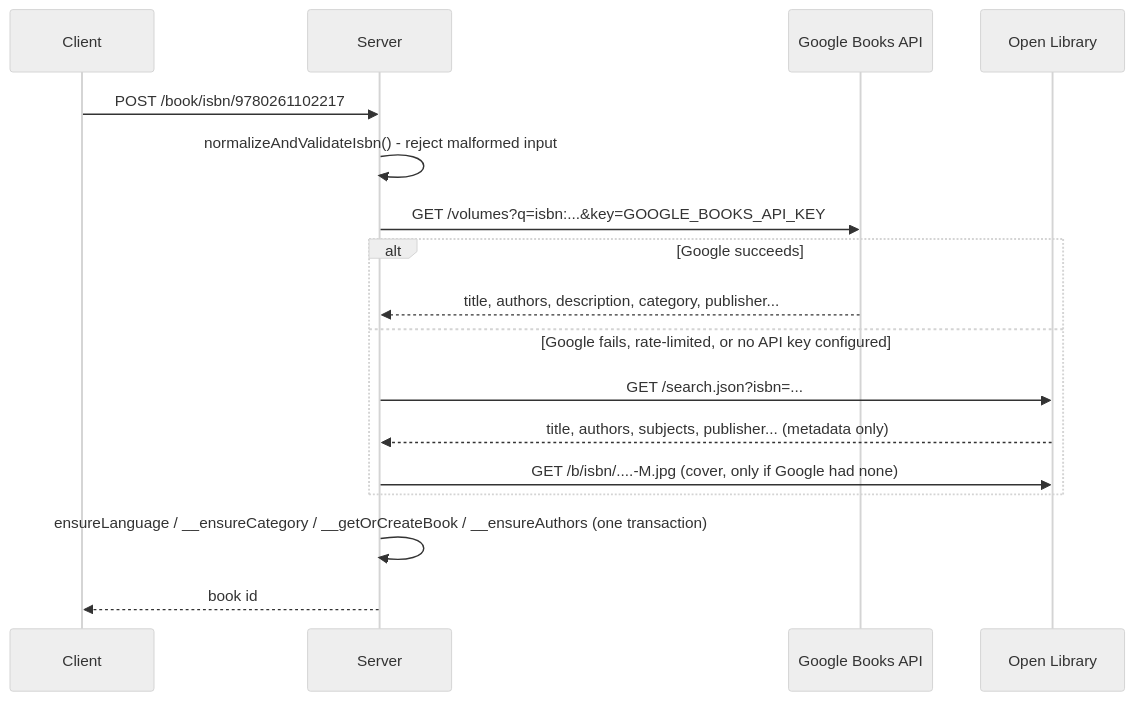
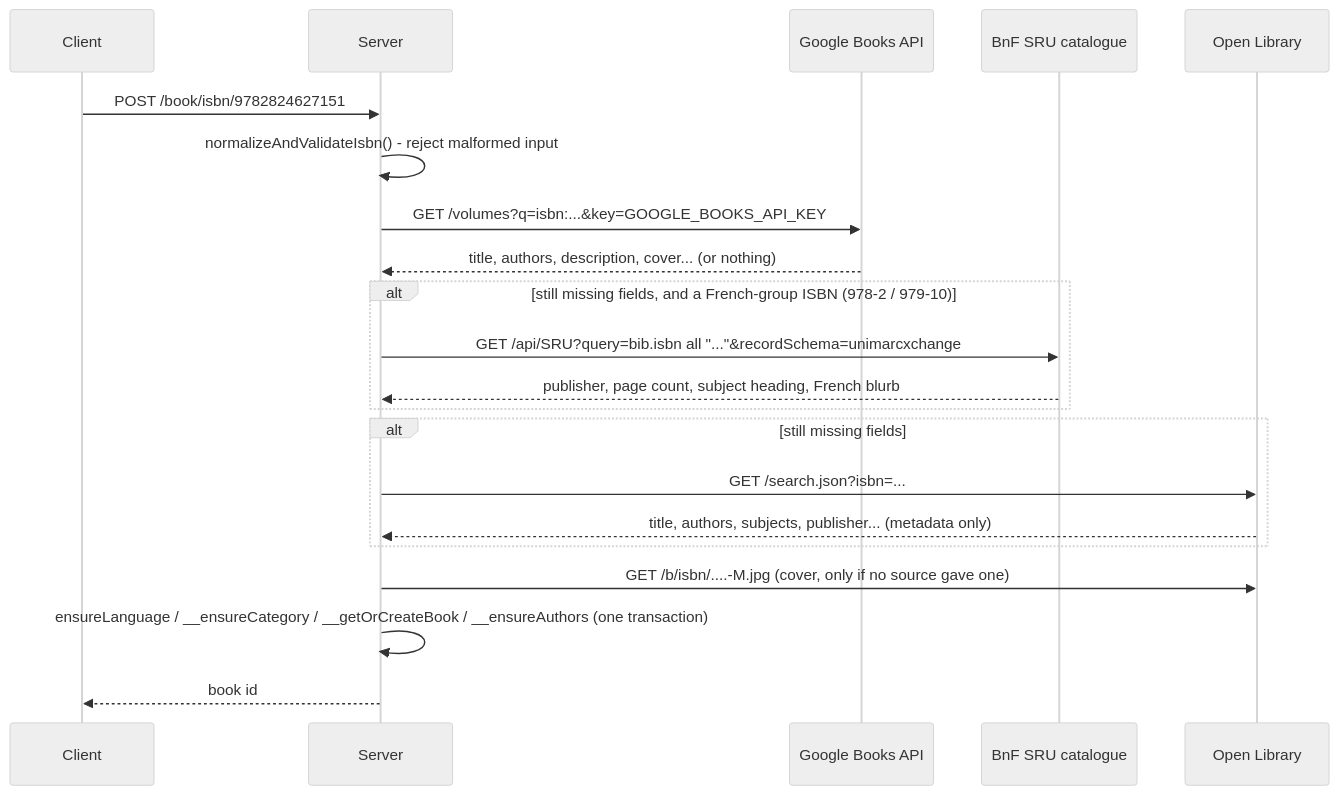
One commit to samuelloranger/vaultisse changed the second of 2 diagrams in docs/BOOKS.md. Above: the diagram before and after it, drawn with Mermaid (neutral theme). The commit also changed other lines of this file and 18 other files, not shown here.

````diff
--- a/docs/BOOKS.md
+++ b/docs/BOOKS.md
@@ -79,20 +79,24 @@
 ```mermaid
 sequenceDiagram
     participant Client
     participant Server
     participant Google as Google Books API
+    participant BnF as BnF SRU catalogue
     participant OL as Open Library
 
-    Client->>Server: POST /book/isbn/9780261102217
+    Client->>Server: POST /book/isbn/9782824627151
     Server->>Server: normalizeAndValidateIsbn() - reject malformed input
     Server->>Google: GET /volumes?q=isbn:...&key=GOOGLE_BOOKS_API_KEY
-    alt Google succeeds
-        Google-->>Server: title, authors, description, category, publisher...
-    else Google fails, rate-limited, or no API key configured
+    Google-->>Server: title, authors, description, cover... (or nothing)
+    alt still missing fields, and a French-group ISBN (978-2 / 979-10)
+        Server->>BnF: GET /api/SRU?query=bib.isbn all "..."&recordSchema=unimarcxchange
+        BnF-->>Server: publisher, page count, subject heading, French blurb
+    end
+    alt still missing fields
         Server->>OL: GET /search.json?isbn=...
         OL-->>Server: title, authors, subjects, publisher... (metadata only)
-        Server->>OL: GET /b/isbn/....-M.jpg (cover, only if Google had none)
     end
+    Server->>OL: GET /b/isbn/....-M.jpg (cover, only if no source gave one)
     Server->>Server: ensureLanguage / __ensureCategory / __getOrCreateBook / __ensureAuthors (one transaction)
     Server-->>Client: book id
 ```
````
